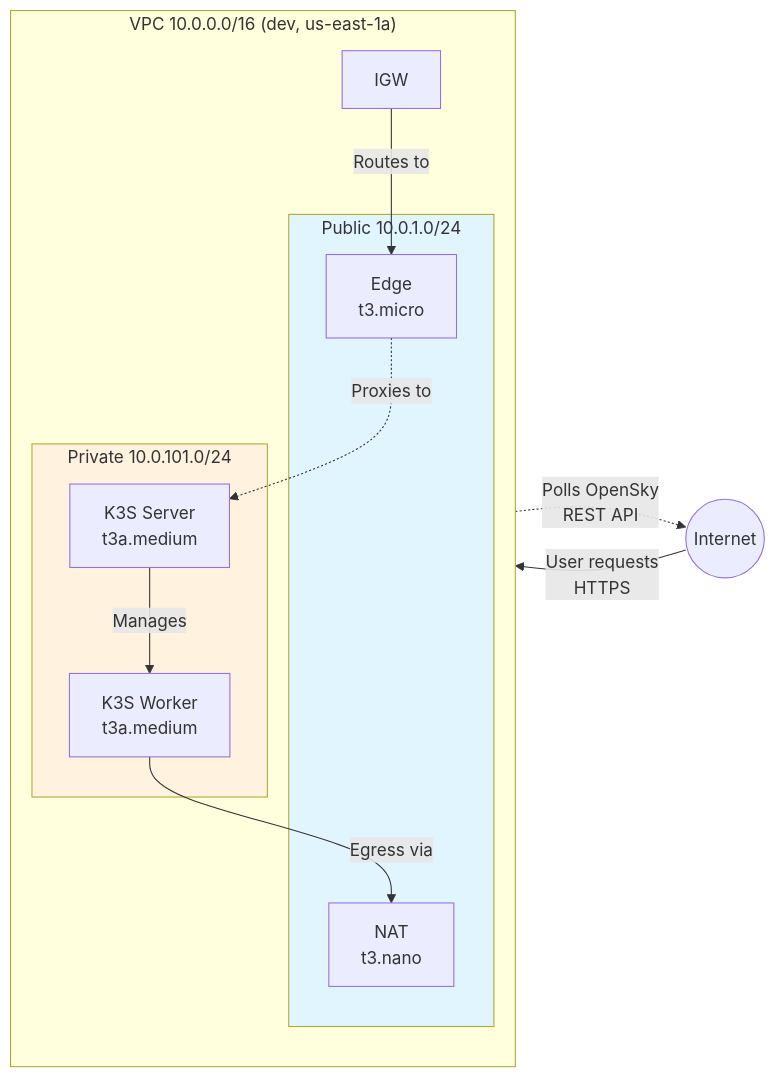
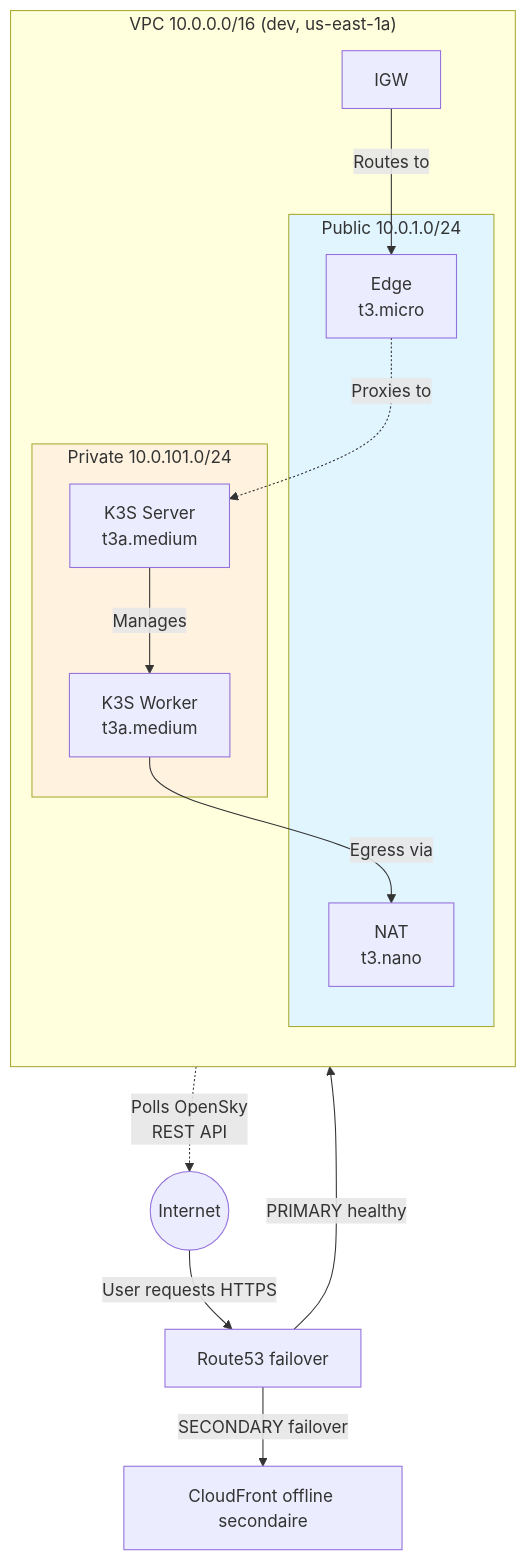
The second of 10 diagrams in docs/architecture/technical-architecture-summary.fr.md (ClementV78/CloudRadar), drawn with Mermaid before and after one commit. The commit also changed other lines of this file and 20 other files, not shown here.

First line of the commit message:
feat(edge): add offline fallback landing path and contact flow

````diff
--- a/docs/architecture/technical-architecture-summary.fr.md
+++ b/docs/architecture/technical-architecture-summary.fr.md
@@ -97,29 +108,33 @@
 ```mermaid
-graph LR
+graph TB
     INTERNET((Internet))
+    R53[Route53 failover]
+    CF[CloudFront offline secondaire]
     
     subgraph VPC["VPC 10.0.0.0/16 (dev, us-east-1a)"]
         IGW[IGW]
         
         direction TB
         subgraph Public["Public 10.0.1.0/24"]
             EDGE[Edge<br/>t3.micro]
             NAT[NAT<br/>t3.nano]
         end
 
         subgraph Private["Private 10.0.101.0/24"]
             K3S_S[K3S Server<br/>t3a.medium]
             K3S_W[K3S Worker<br/>t3a.medium]
         end
     end
     
-    INTERNET -->|User requests<br/>HTTPS| IGW
+    INTERNET -->|User requests HTTPS| R53
+    R53 -->|PRIMARY healthy| IGW
+    R53 -->|SECONDARY failover| CF
     IGW -->|Routes to| EDGE
     EDGE -.->|Proxies to| K3S_S
     K3S_S -->|Manages| K3S_W
     K3S_W -->|Egress via| NAT
     NAT -.->|Polls OpenSky<br/>REST API| INTERNET
 
     style Public fill:#e1f5ff
     style Private fill:#fff3e0
 ```
````
